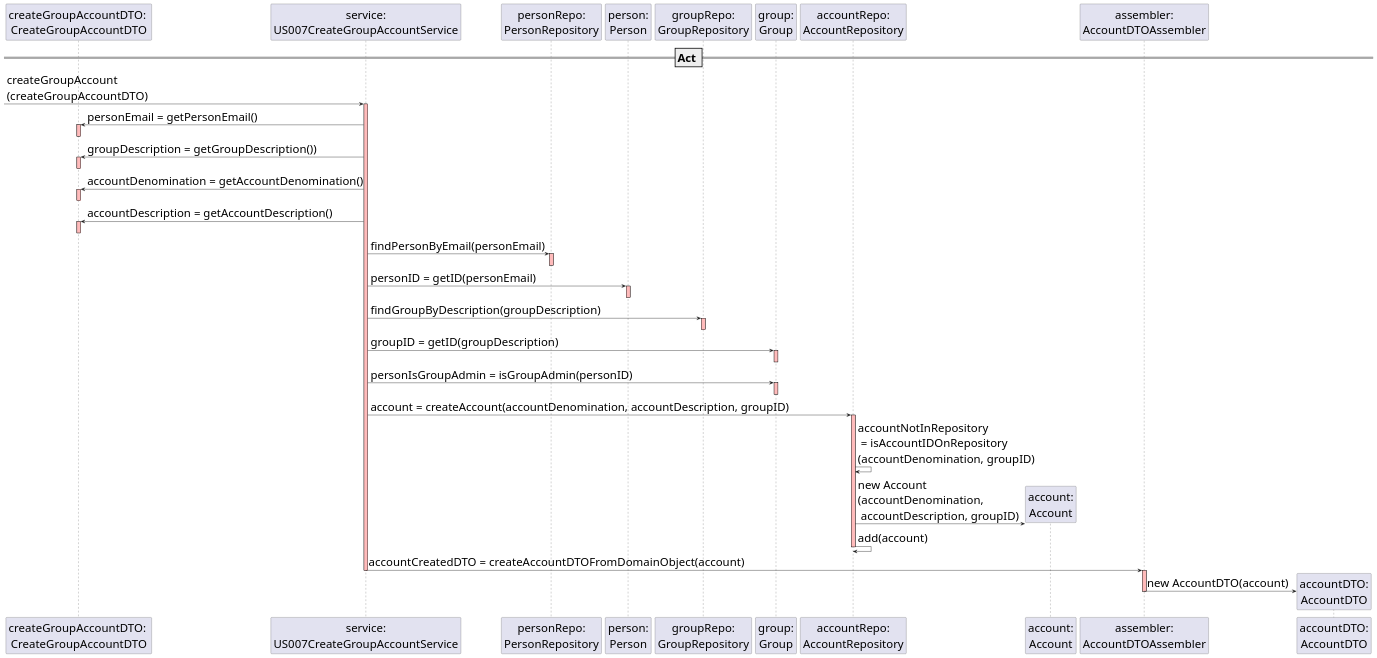
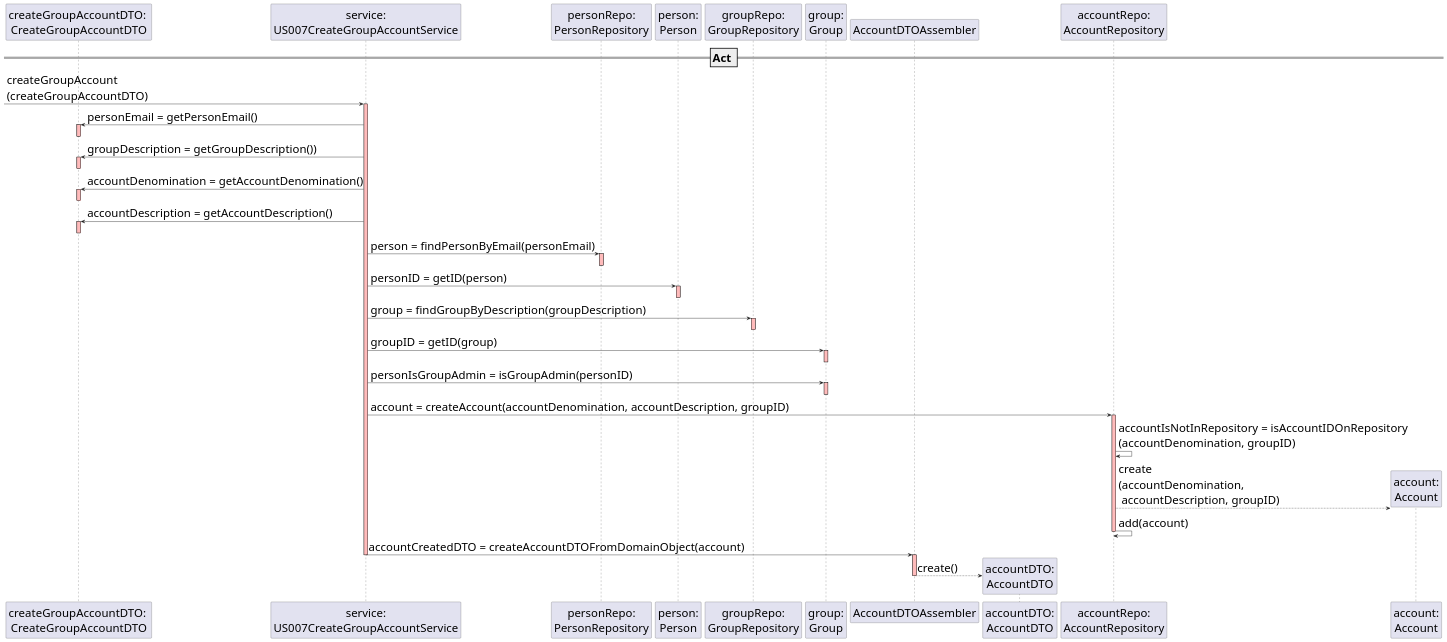
The diagram in src/main/java/switch2019/project/controllerLayer/controllersRest/US007CreateGroupAccountControllerRest_Part2.puml (mleitaoribeiro/DevOpsMaven), drawn with PlantUML before and after one commit. The commit also changed 1 other file, not shown here.

Commit message:
ref #843 - more changes to the sequence diagrams

```diff
--- a/src/main/java/switch2019/project/controllerLayer/controllersRest/US007CreateGroupAccountControllerRest_Part2.puml
+++ b/src/main/java/switch2019/project/controllerLayer/controllersRest/US007CreateGroupAccountControllerRest_Part2.puml
@@ -1,77 +1,80 @@
 @startuml
 skinparam DefaultFontSize 30
 
 participant "createGroupAccountDTO: \nCreateGroupAccountDTO"
 participant "service:\nUS007CreateGroupAccountService"
 participant "personRepo:\nPersonRepository"
 participant "person:\nPerson"
 participant "groupRepo:\nGroupRepository"
 participant "group:\nGroup"
+participant "AccountDTOAssembler"
+participant "accountDTO:\nAccountDTO"
 participant "accountRepo:\nAccountRepository"
 participant "account:\nAccount"
-participant "assembler:\nAccountDTOAssembler"
+
 == Act ==
 [-> "service:\nUS007CreateGroupAccountService" : createGroupAccount\n(createGroupAccountDTO)
 activate "service:\nUS007CreateGroupAccountService" #FFBBBB
 
 "service:\nUS007CreateGroupAccountService" -> "createGroupAccountDTO: \nCreateGroupAccountDTO" : personEmail = getPersonEmail()
 activate "createGroupAccountDTO: \nCreateGroupAccountDTO"  #FFBBBB
 deactivate "createGroupAccountDTO: \nCreateGroupAccountDTO"  #FFBBBB
 
 "service:\nUS007CreateGroupAccountService" -> "createGroupAccountDTO: \nCreateGroupAccountDTO" : groupDescription = getGroupDescription())
 activate "createGroupAccountDTO: \nCreateGroupAccountDTO"  #FFBBBB
 deactivate "createGroupAccountDTO: \nCreateGroupAccountDTO"  #FFBBBB
 
 "service:\nUS007CreateGroupAccountService" -> "createGroupAccountDTO: \nCreateGroupAccountDTO" : accountDenomination = getAccountDenomination()
 activate "createGroupAccountDTO: \nCreateGroupAccountDTO"  #FFBBBB
 deactivate "createGroupAccountDTO: \nCreateGroupAccountDTO"  #FFBBBB
 
 "service:\nUS007CreateGroupAccountService" -> "createGroupAccountDTO: \nCreateGroupAccountDTO" : accountDescription = getAccountDescription()
 activate "createGroupAccountDTO: \nCreateGroupAccountDTO"  #FFBBBB
 deactivate "createGroupAccountDTO: \nCreateGroupAccountDTO"  #FFBBBB
 
 
 
-"service:\nUS007CreateGroupAccountService" -> "personRepo:\nPersonRepository" : findPersonByEmail(personEmail)
+"service:\nUS007CreateGroupAccountService" -> "personRepo:\nPersonRepository" : person = findPersonByEmail(personEmail)
 activate "personRepo:\nPersonRepository"  #FFBBBB
 deactivate "personRepo:\nPersonRepository"  #FFBBBB
 
 
-"service:\nUS007CreateGroupAccountService" -> "person:\nPerson" : personID = getID(personEmail)
+"service:\nUS007CreateGroupAccountService" -> "person:\nPerson" : personID = getID(person)
 activate "person:\nPerson"  #FFBBBB
 deactivate "person:\nPerson"  #FFBBBB
 
 
 
-"service:\nUS007CreateGroupAccountService" -> "groupRepo:\nGroupRepository" : findGroupByDescription(groupDescription)
+"service:\nUS007CreateGroupAccountService" -> "groupRepo:\nGroupRepository" : group = findGroupByDescription(groupDescription)
 activate "groupRepo:\nGroupRepository"  #FFBBBB
 deactivate "groupRepo:\nGroupRepository"  #FFBBBB
 
 
-"service:\nUS007CreateGroupAccountService" -> "group:\nGroup" : groupID = getID(groupDescription)
+"service:\nUS007CreateGroupAccountService" -> "group:\nGroup" : groupID = getID(group)
 activate "group:\nGroup" #FFBBBB
 deactivate "group:\nGroup"
 
 "service:\nUS007CreateGroupAccountService" -> "group:\nGroup" : personIsGroupAdmin = isGroupAdmin(personID)
 activate "group:\nGroup" #FFBBBB
 deactivate "group:\nGroup"
 
+
 "service:\nUS007CreateGroupAccountService" -> "accountRepo:\nAccountRepository" : account = createAccount(accountDenomination, accountDescription, groupID)
 activate "accountRepo:\nAccountRepository" #FFBBBB
-"accountRepo:\nAccountRepository" -> "accountRepo:\nAccountRepository" : accountNotInRepository\n = isAccountIDOnRepository\n(accountDenomination, groupID)
+"accountRepo:\nAccountRepository" -> "accountRepo:\nAccountRepository" : accountIsNotInRepository = isAccountIDOnRepository\n(accountDenomination, groupID)
 create "account:\nAccount"
-"accountRepo:\nAccountRepository" -> "account:\nAccount" : new Account\n(accountDenomination,\n accountDescription, groupID)
+"accountRepo:\nAccountRepository" --> "account:\nAccount" : create\n(accountDenomination,\n accountDescription, groupID)
 "accountRepo:\nAccountRepository" -> "accountRepo:\nAccountRepository" : add(account)
 deactivate "accountRepo:\nAccountRepository" #FFBBBB
 
-"service:\nUS007CreateGroupAccountService" -> "assembler:\nAccountDTOAssembler":accountCreatedDTO = createAccountDTOFromDomainObject(account)
+"service:\nUS007CreateGroupAccountService" -> "AccountDTOAssembler":accountCreatedDTO = createAccountDTOFromDomainObject(account)
 deactivate "service:\nUS007CreateGroupAccountService"
 
-activate "assembler:\nAccountDTOAssembler" #FFBBBB
+activate "AccountDTOAssembler" #FFBBBB
 create "accountDTO:\nAccountDTO"
-"assembler:\nAccountDTOAssembler" -> "accountDTO:\nAccountDTO": new AccountDTO(account)
-deactivate "assembler:\nAccountDTOAssembler"
+"AccountDTOAssembler" --> "accountDTO:\nAccountDTO": create()
+deactivate "AccountDTOAssembler"
 
 deactivate "service:\nUS007CreateGroupAccountService"
 
 @enduml
```
